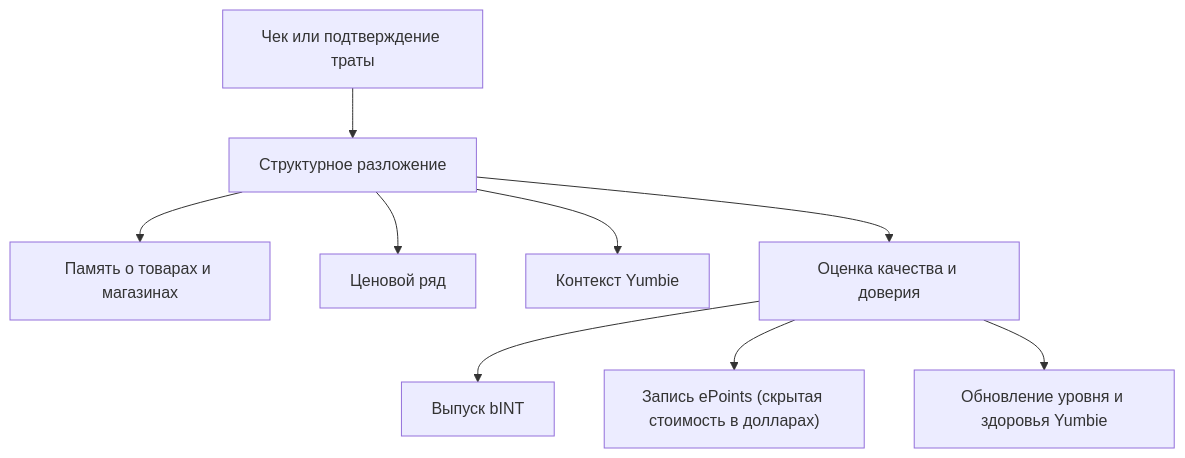
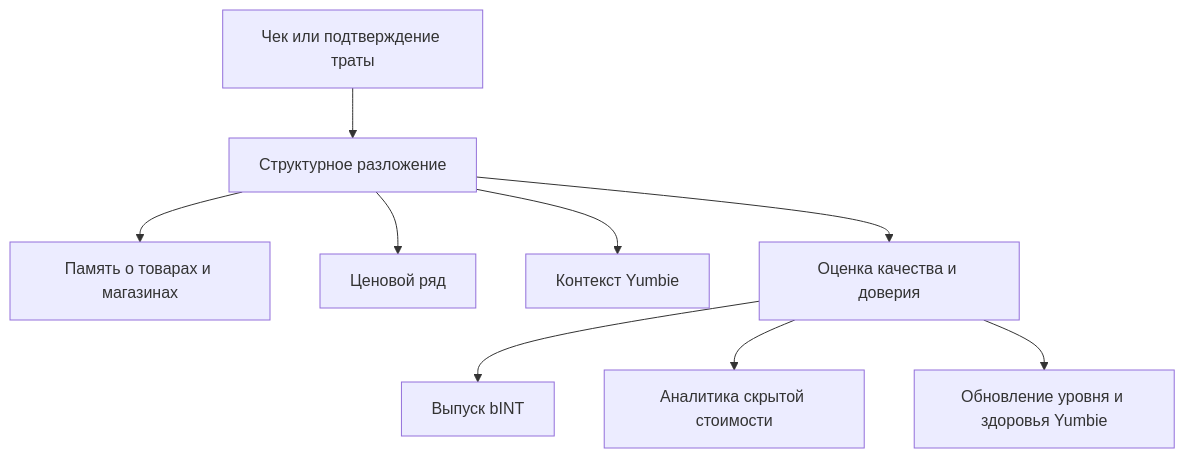
One commit to Yumo-Yumo-Inc/yumoyumohq changed the diagram in content/whitepaper/ru/proof-of-expense-i-pamyat-o-tsenakh.md. Above: the diagram before and after it, drawn with Mermaid. The commit also changed other lines of this file and 1048 other files, not shown here.

````diff
--- a/content/whitepaper/ru/proof-of-expense-i-pamyat-o-tsenakh.md
+++ b/content/whitepaper/ru/proof-of-expense-i-pamyat-o-tsenakh.md
@@ -9,11 +9,11 @@
 ```mermaid
 flowchart TD
     A["Чек или подтверждение траты"] --> B["Структурное разложение"]
     B --> C["Память о товарах и магазинах"]
     B --> D["Ценовой ряд"]
     B --> E["Контекст Yumbie"]
     B --> F["Оценка качества и доверия"]
     F --> G["Выпуск bINT"]
-    F --> H["Запись ePoints (скрытая стоимость в долларах)"]
+    F --> H["Аналитика скрытой стоимости"]
     F --> I["Обновление уровня и здоровья Yumbie"]
 ```
````
